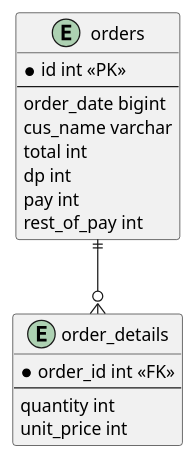
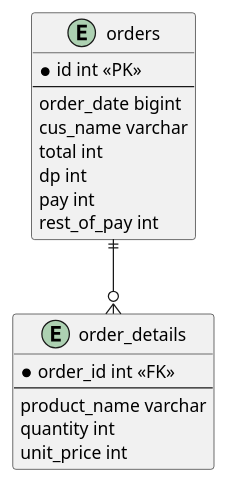
Before and after one commit to faridlan/invoice-app: the diagram in arc/er.puml, drawn with PlantUML. The commit also changed 5 other files, not shown here.

```diff
--- a/arc/er.puml
+++ b/arc/er.puml
@@ -1,23 +1,24 @@
 @startuml invoce_app
 
 entity orders{
   *id int <<PK>>
   --
   order_date bigint
   cus_name varchar
   total int
   dp int
   pay int
   rest_of_pay int
 }
 
 entity order_details {
   *order_id int <<FK>>
   --
+  product_name varchar
   quantity int
   unit_price int
 }
 
 
 orders ||--o{ order_details
 @enduml
```
